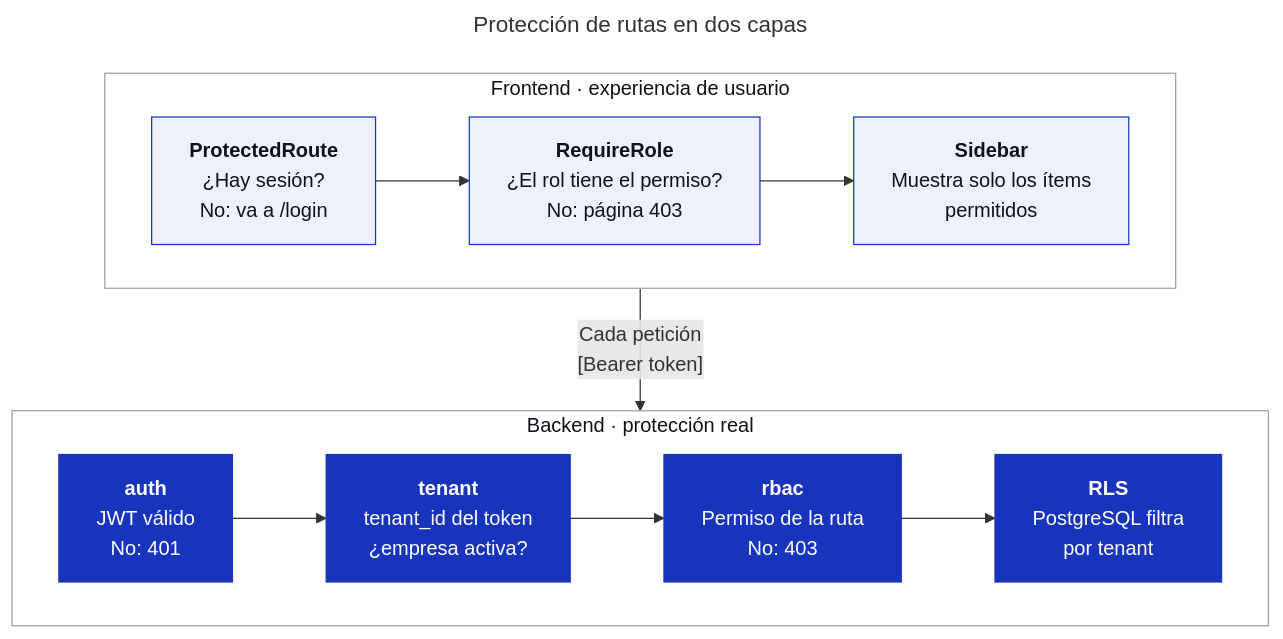
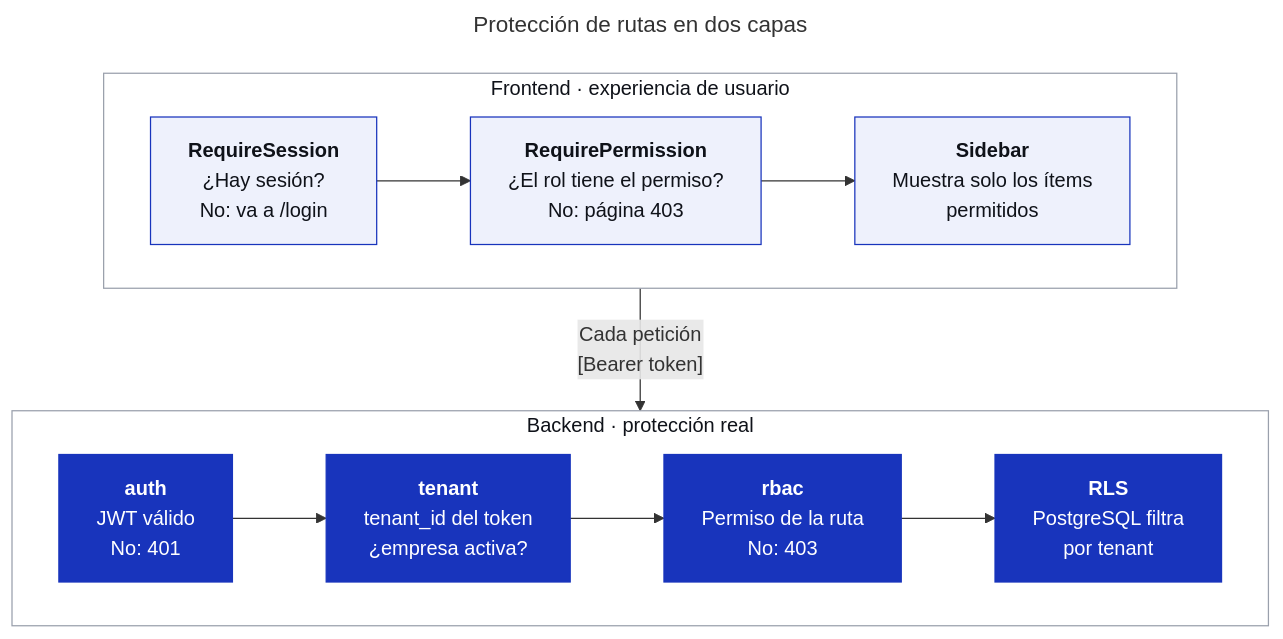
Before and after one commit to GerardoGM14/app-tesis-chatbot: the second of 2 diagrams in docs/01-arquitectura/seguridad/autenticacion-y-roles.md, drawn with Mermaid. The commit also changed other lines of this file and 20 other files, not shown here.

````diff
--- a/docs/01-arquitectura/seguridad/autenticacion-y-roles.md
+++ b/docs/01-arquitectura/seguridad/autenticacion-y-roles.md
@@ -80,31 +98,31 @@
 ```mermaid
 ---
 title: "Protección de rutas en dos capas"
 ---
 flowchart TB
   subgraph FE["Frontend · experiencia de usuario"]
     direction LR
-    F1["<b>ProtectedRoute</b><br/>¿Hay sesión?<br/>No: va a /login"]
-    F2["<b>RequireRole</b><br/>¿El rol tiene el permiso?<br/>No: página 403"]
+    F1["<b>RequireSession</b><br/>¿Hay sesión?<br/>No: va a /login"]
+    F2["<b>RequirePermission</b><br/>¿El rol tiene el permiso?<br/>No: página 403"]
     F3["<b>Sidebar</b><br/>Muestra solo los ítems<br/>permitidos"]
     F1 --> F2 --> F3
   end
 
   subgraph BE["Backend · protección real"]
     direction LR
     B1["<b>auth</b><br/>JWT válido<br/>No: 401"]
     B2["<b>tenant</b><br/>tenant_id del token<br/>¿empresa activa?"]
     B3["<b>rbac</b><br/>Permiso de la ruta<br/>No: 403"]
     B4["<b>RLS</b><br/>PostgreSQL filtra<br/>por tenant"]
     B1 --> B2 --> B3 --> B4
   end
 
   FE -- "Cada petición<br/>[Bearer token]" --> BE
 
   classDef fe fill:#EEF1FC,stroke:#1834BC,color:#0F1219
   classDef be fill:#1834BC,stroke:#1834BC,color:#FFFFFF
   class F1,F2,F3 fe
   class B1,B2,B3,B4 be
   style FE fill:#FFFFFF,stroke:#9AA0AC,color:#0F1219
   style BE fill:#FFFFFF,stroke:#9AA0AC,color:#0F1219
 ```
````
